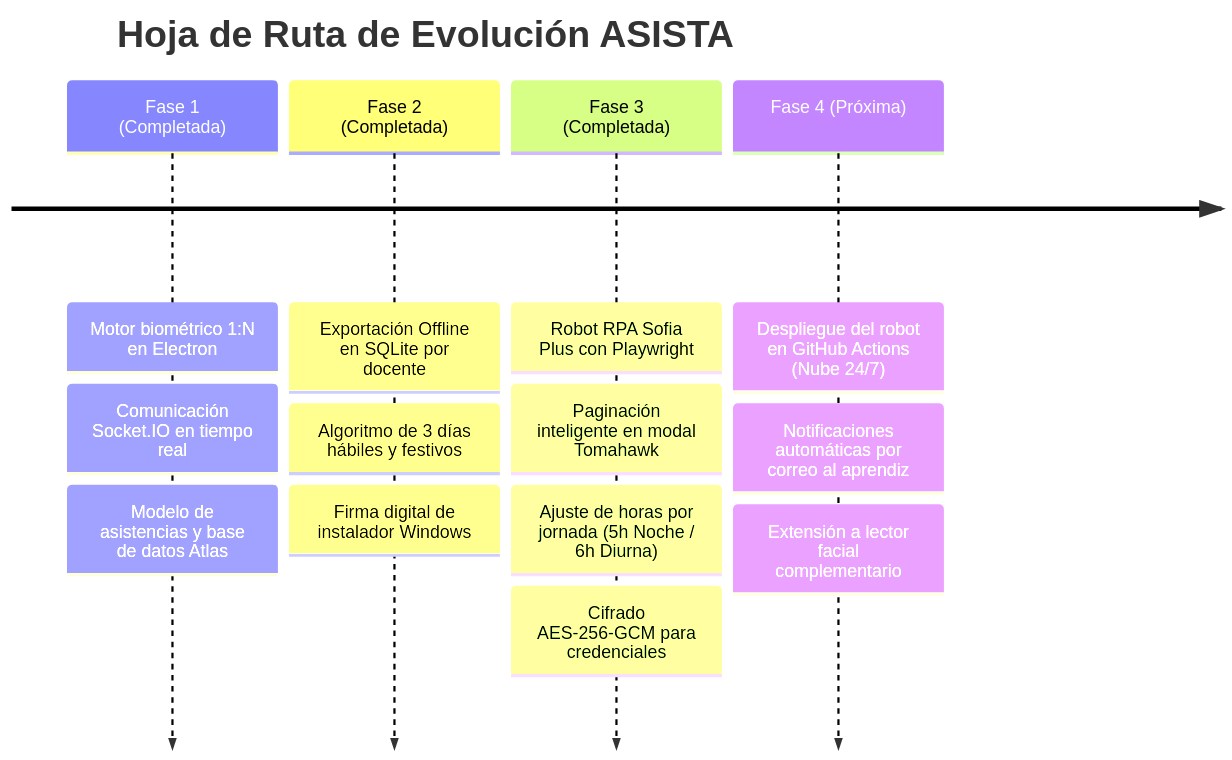
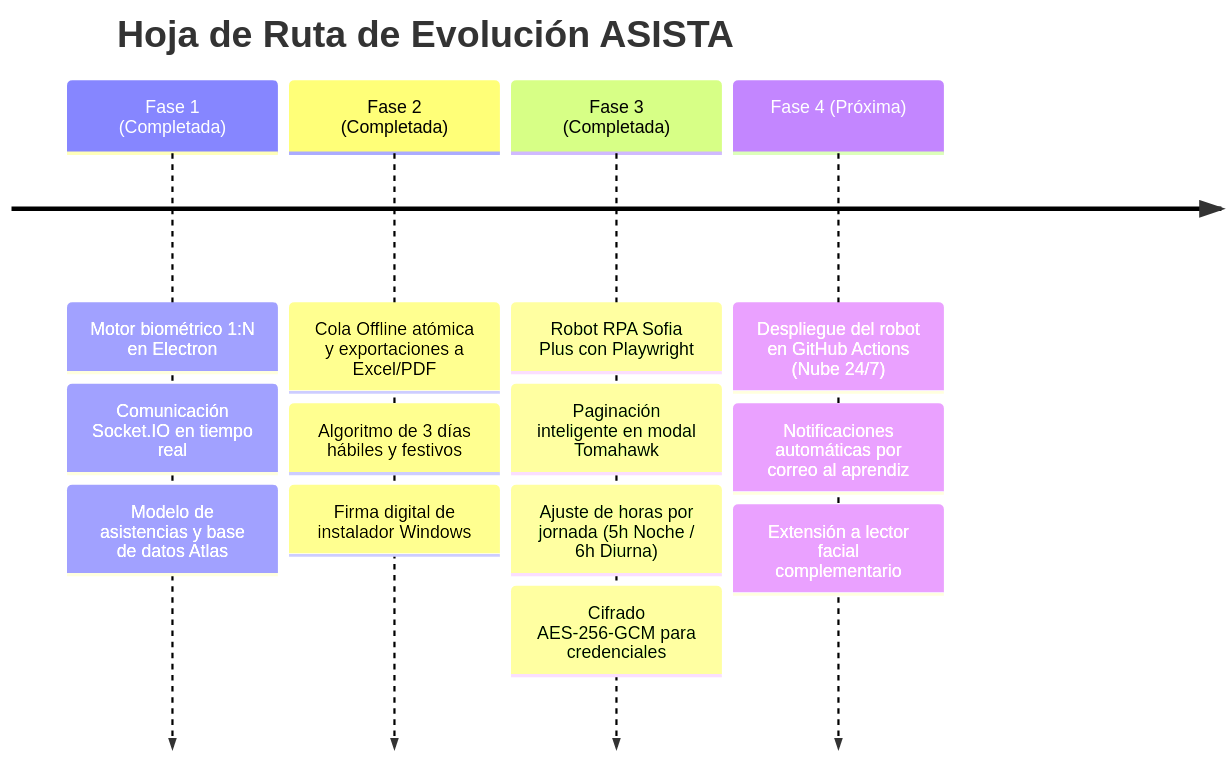
Before and after one commit to JuanViviescas00/Asista: the fifth of 5 diagrams in docs/PRD.md, drawn with Mermaid. The commit also changed other lines of this file and 9 other files, not shown here.

````diff
--- a/docs/PRD.md
+++ b/docs/PRD.md
@@ -342,17 +341,17 @@
 ```mermaid
 timeline
     title Hoja de Ruta de Evolución ASISTA
     Fase 1 (Completada) : Motor biométrico 1:N en Electron
                         : Comunicación Socket.IO en tiempo real
                         : Modelo de asistencias y base de datos Atlas
-    Fase 2 (Completada) : Exportación Offline en SQLite por docente
+    Fase 2 (Completada) : Cola Offline atómica y exportaciones a Excel/PDF
                         : Algoritmo de 3 días hábiles y festivos
                         : Firma digital de instalador Windows
     Fase 3 (Completada) : Robot RPA Sofia Plus con Playwright
                         : Paginación inteligente en modal Tomahawk
                         : Ajuste de horas por jornada (5h Noche / 6h Diurna)
                         : Cifrado AES-256-GCM para credenciales
     Fase 4 (Próxima)   : Despliegue del robot en GitHub Actions (Nube 24/7)
                         : Notificaciones automáticas por correo al aprendiz
                         : Extensión a lector facial complementario
 ```
````
